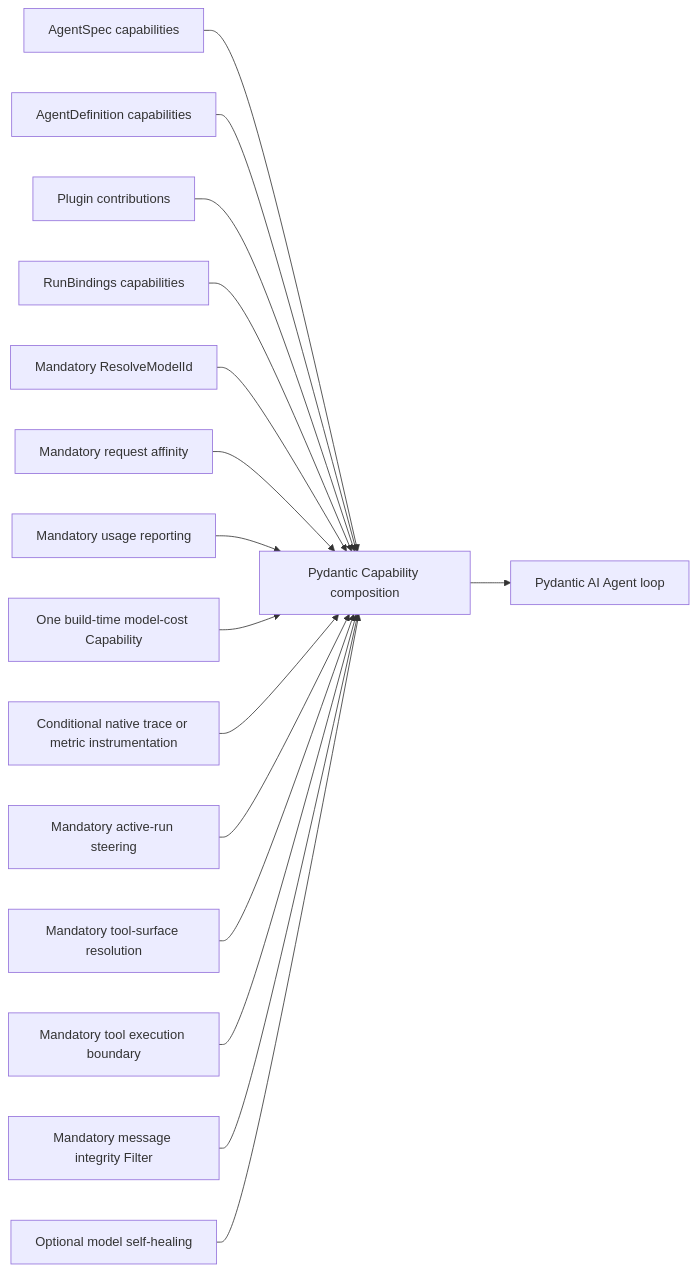
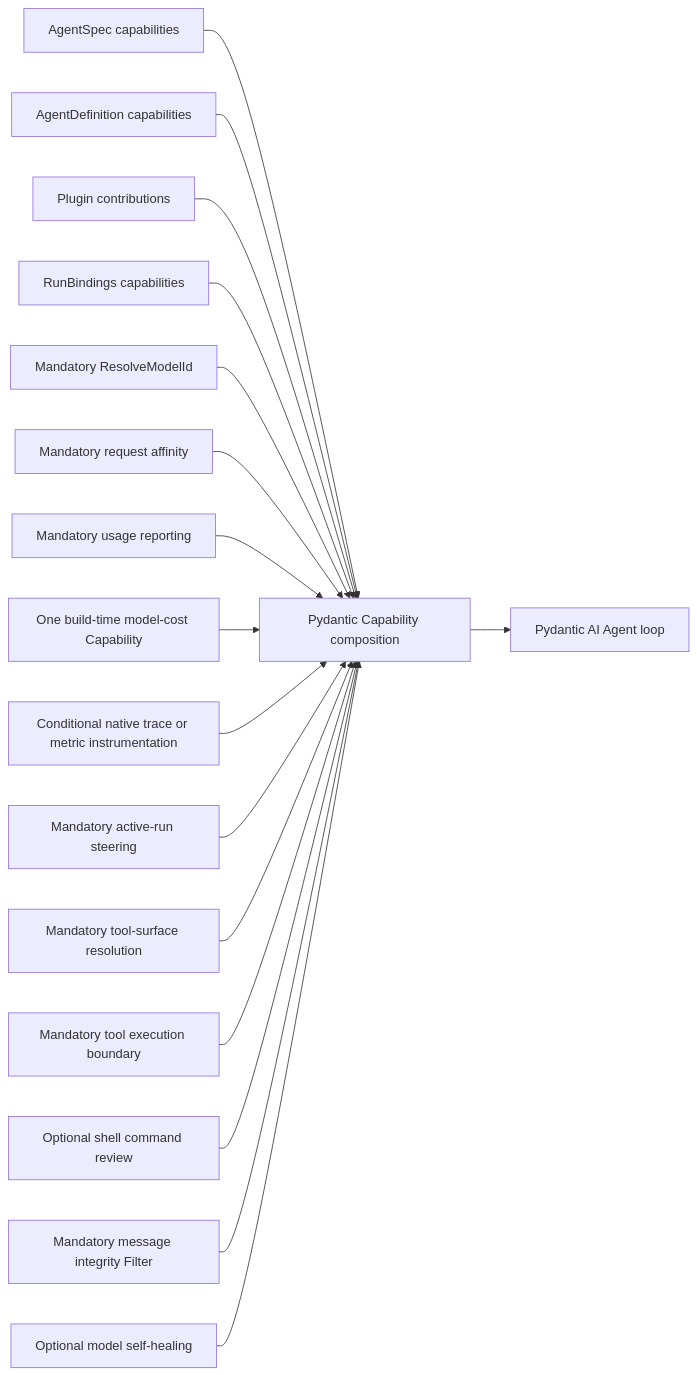
Before and after one commit to LTThreeComma/agent-foundation: the diagram in spec/agent-harness/17-core-capability-catalog.md, drawn with Mermaid. The commit also changed other lines of this file and 48 other files, not shown here.

````diff
--- a/spec/agent-harness/17-core-capability-catalog.md
+++ b/spec/agent-harness/17-core-capability-catalog.md
@@ -65,18 +66,19 @@
 ```mermaid
 flowchart LR
     Spec[AgentSpec capabilities] --> PAI[Pydantic Capability composition]
     Build[AgentDefinition capabilities] --> PAI
     Plugin[Plugin contributions] --> PAI
     Run[RunBindings capabilities] --> PAI
     Resolver[Mandatory ResolveModelId] --> PAI
     Affinity[Mandatory request affinity] --> PAI
     Usage[Mandatory usage reporting] --> PAI
     Pricing[One build-time model-cost Capability] --> PAI
     Observation[Conditional native trace or metric instrumentation] --> PAI
     Steering[Mandatory active-run steering] --> PAI
     Surface[Mandatory tool-surface resolution] --> PAI
     Boundary[Mandatory tool execution boundary] --> PAI
+    ShellReview[Optional shell command review] --> PAI
     Integrity[Mandatory message integrity Filter] --> PAI
     SelfHealing[Optional model self-healing] --> PAI
     PAI --> Agent[Pydantic AI Agent loop]
 ```
````
